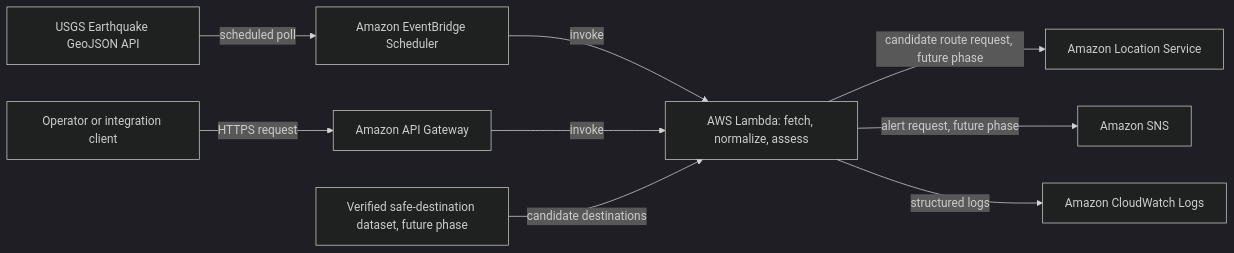
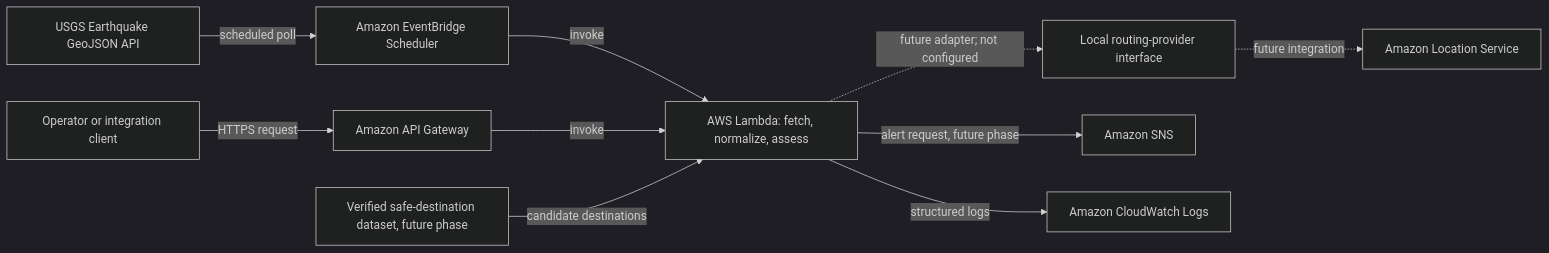
One commit to teekshnasaraf/disaster-early-warning-system changed the diagram in docs/architecture.md. Above: the diagram before and after it, drawn with Mermaid (dark theme). The commit also changed other lines of this file and 5 other files, not shown here.

````diff
--- a/docs/architecture.md
+++ b/docs/architecture.md
@@ -9,11 +9,12 @@
 ```mermaid
 flowchart LR
     USGS[USGS Earthquake GeoJSON API] -->|scheduled poll| EB[Amazon EventBridge Scheduler]
     EB -->|invoke| Lambda[AWS Lambda: fetch, normalize, assess]
     Client[Operator or integration client] -->|HTTPS request| APIGW[Amazon API Gateway]
     APIGW -->|invoke| Lambda
-    Lambda -->|candidate route request, future phase| Location[Amazon Location Service]
+    Lambda -.->|future adapter; not configured| Routing[Local routing-provider interface]
+    Routing -.->|future integration| Location[Amazon Location Service]
     Lambda -->|alert request, future phase| SNS[Amazon SNS]
     Lambda -->|structured logs| Logs[Amazon CloudWatch Logs]
     SafeSites[Verified safe-destination dataset, future phase] -->|candidate destinations| Lambda
 ```
````
